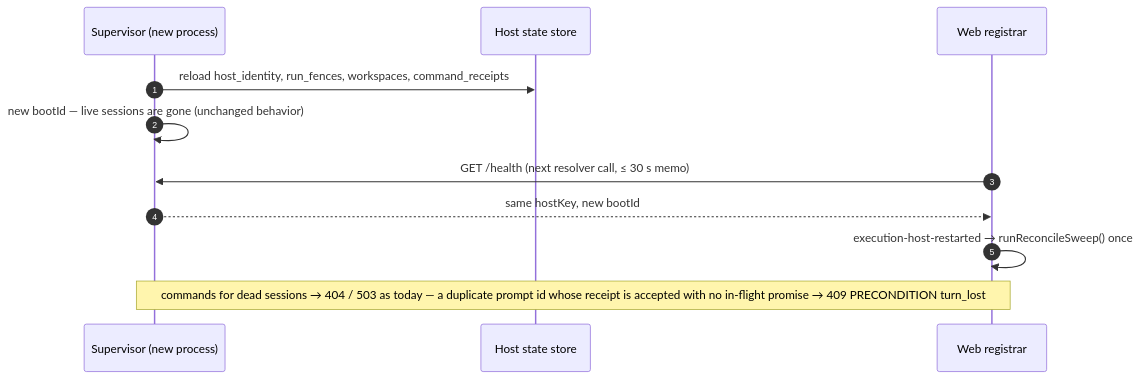
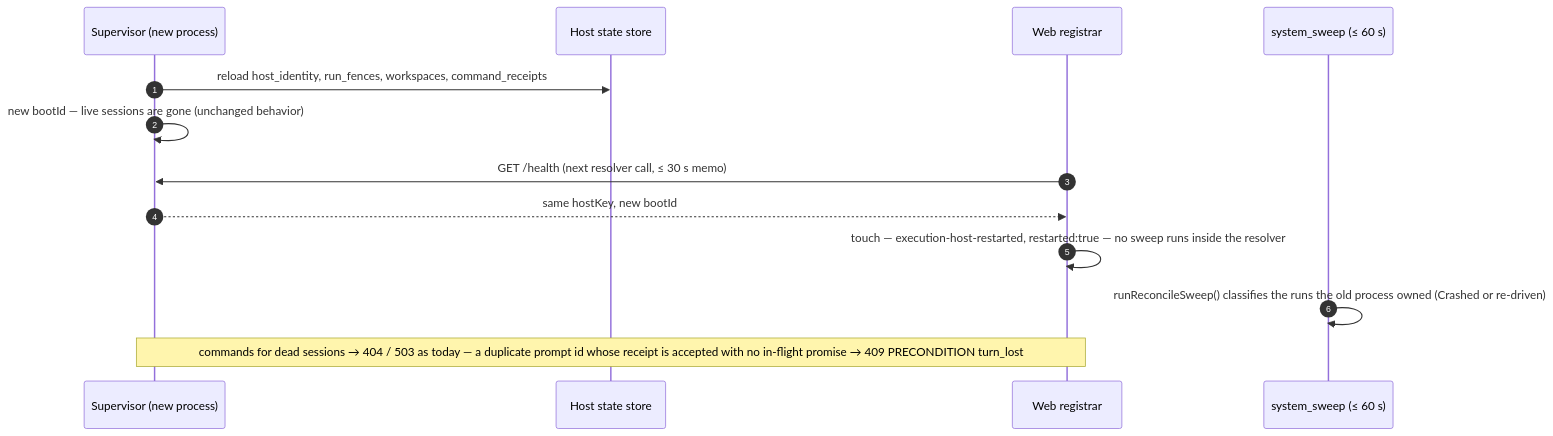
One commit to maister-dev/maister changed the ninth of 10 diagrams in docs/system-analytics/execution-hosts.md. Above: the diagram before and after it, drawn with Mermaid. The commit also changed other lines of this file and 139 other files, not shown here.

First line of the commit message:
fix(execution-host): review fixes — resolver self-wait, allow-list sweep, released handles, bind-by-assignment, fenced yields, fake parity

````diff
--- a/docs/system-analytics/execution-hosts.md
+++ b/docs/system-analytics/execution-hosts.md
@@ -336,13 +389,15 @@
 ```mermaid
 sequenceDiagram
     autonumber
     participant SUP as Supervisor (new process)
     participant ST as Host state store
     participant WEB as Web registrar
+    participant SWP as system_sweep (≤ 60 s)
     SUP->>ST: reload host_identity, run_fences, workspaces, command_receipts
     SUP->>SUP: new bootId — live sessions are gone (unchanged behavior)
     WEB->>SUP: GET /health (next resolver call, ≤ 30 s memo)
     SUP-->>WEB: same hostKey, new bootId
-    WEB->>WEB: execution-host-restarted → runReconcileSweep() once
+    WEB->>WEB: touch — execution-host-restarted, restarted:true — no sweep runs inside the resolver
+    SWP->>SWP: runReconcileSweep() classifies the runs the old process owned (Crashed or re-driven)
     Note over SUP,WEB: commands for dead sessions → 404 / 503 as today — a duplicate prompt id whose receipt is accepted with no in-flight promise → 409 PRECONDITION turn_lost
 ```
````
